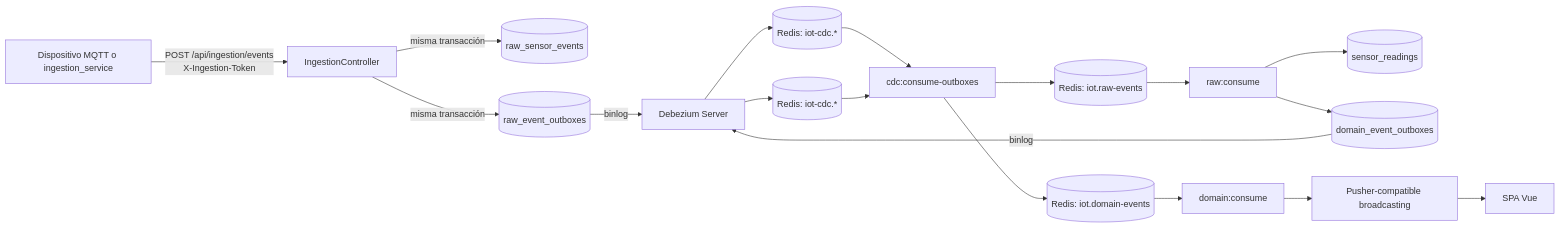
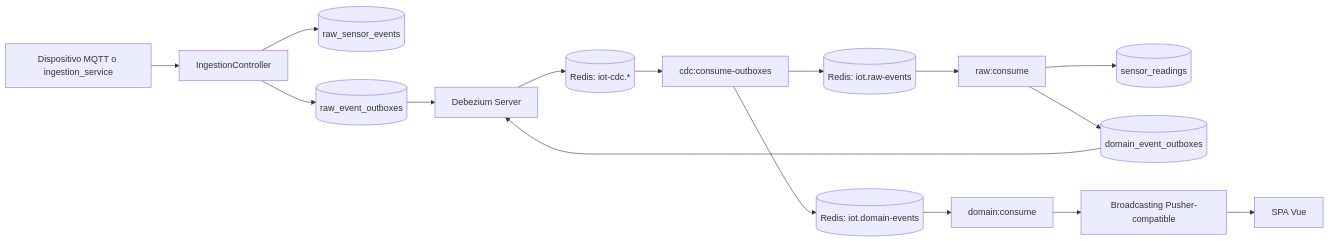
The first of 20 diagrams in README.md (yojr23/iot-platform-v2), drawn with Mermaid before and after one commit. The commit also changed other lines of this file and 2 other files, not shown here.

````diff
--- a/README.md
+++ b/README.md
@@ -33,20 +33,18 @@
-~~~mermaid
+```mermaid
 flowchart LR
-    Producer[Dispositivo MQTT o ingestion_service] -->|POST /api/ingestion/events<br/>X-Ingestion-Token| Ingest[IngestionController]
-    Ingest -->|misma transacción| Raw[(raw_sensor_events)]
-    Ingest -->|misma transacción| RawOutbox[(raw_event_outboxes)]
-    RawOutbox -->|binlog| Debezium[Debezium Server]
-    Debezium --> CdcStream[(Redis: iot-cdc.*)]
-    CdcStream --> CdcConsumer[cdc:consume-outboxes]
-    CdcConsumer --> RawStream[(Redis: iot.raw-events)]
-    RawStream --> RawConsumer[raw:consume]
-    RawConsumer --> Readings[(sensor_readings)]
-    RawConsumer --> DomainOutbox[(domain_event_outboxes)]
-    DomainOutbox -->|binlog| Debezium
-    Debezium --> DomainCdc[(Redis: iot-cdc.*)]
-    DomainCdc --> CdcConsumer
-    CdcConsumer --> DomainStream[(Redis: iot.domain-events)]
-    DomainStream --> DomainConsumer[domain:consume]
-    DomainConsumer --> Broadcast[Pusher-compatible broadcasting]
-    Broadcast --> SPA[SPA Vue]
-~~~
+    Producer["Dispositivo MQTT o ingestion_service"] --> Ingest["IngestionController"]
+    Ingest --> Raw[("raw_sensor_events")]
+    Ingest --> RawOutbox[("raw_event_outboxes")]
+    RawOutbox --> Debezium["Debezium Server"]
+    Debezium --> CdcStream[("Redis: iot-cdc.*")]
+    CdcStream --> CdcConsumer["cdc:consume-outboxes"]
+    CdcConsumer --> RawStream[("Redis: iot.raw-events")]
+    RawStream --> RawConsumer["raw:consume"]
+    RawConsumer --> Readings[("sensor_readings")]
+    RawConsumer --> DomainOutbox[("domain_event_outboxes")]
+    DomainOutbox --> Debezium
+    CdcConsumer --> DomainStream[("Redis: iot.domain-events")]
+    DomainStream --> DomainConsumer["domain:consume"]
+    DomainConsumer --> Broadcast["Broadcasting Pusher-compatible"]
+    Broadcast --> SPA["SPA Vue"]
+```
````
